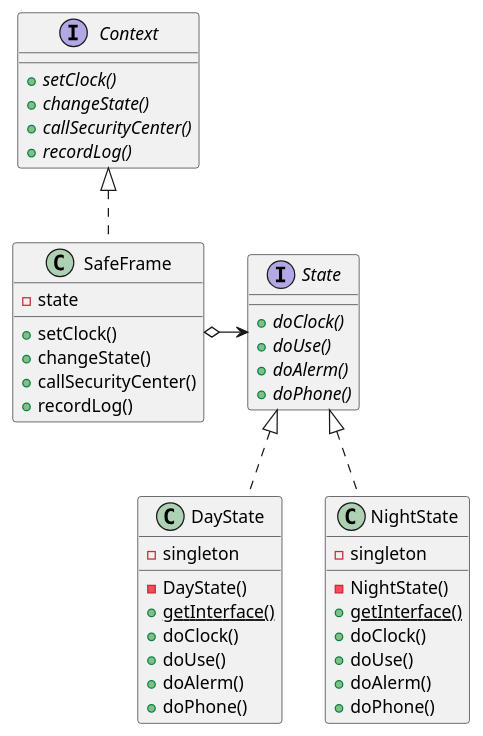
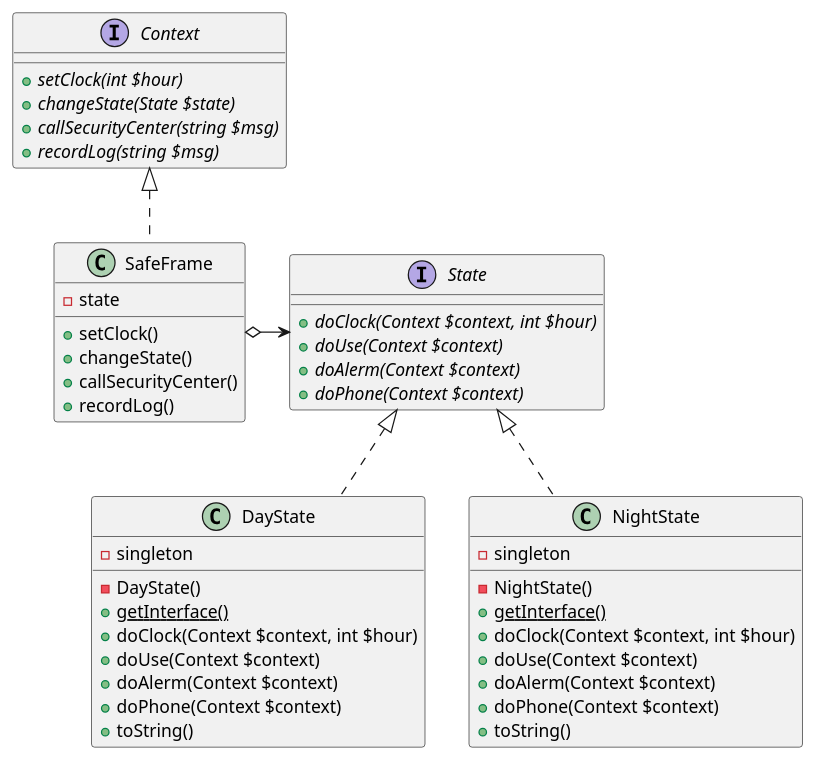
Before and after one commit to ku2ma2/design_pattern: the diagram in State/README.md, drawn with PlantUML.

Commit message:
Improve README.md for state pattern

````diff
--- a/State/README.md
+++ b/State/README.md
@@ -4,53 +4,55 @@
 ```uml
 @startuml
 
 interface Context {
-    {abstract} +setClock()
-    {abstract} +changeState()
-    {abstract} +callSecurityCenter()
-    {abstract} +recordLog()
+    {abstract} +setClock(int $hour)
+    {abstract} +changeState(State $state)
+    {abstract} +callSecurityCenter(string $msg)
+    {abstract} +recordLog(string $msg)
 }
 
 class SafeFrame {
     -state
     +setClock()
     +changeState()
     +callSecurityCenter()
     +recordLog()
 }
 
 interface State {
-    {abstract} +doClock()
-    {abstract} +doUse()
-    {abstract} +doAlerm()
-    {abstract} +doPhone()
+    {abstract} +doClock(Context $context, int $hour)
+    {abstract} +doUse(Context $context)
+    {abstract} +doAlerm(Context $context)
+    {abstract} +doPhone(Context $context)
 }
 
 class DayState {
     -singleton
     -DayState()
     {static} +getInterface()
-    +doClock()
-    +doUse()
-    +doAlerm()
-    +doPhone()
+    +doClock(Context $context, int $hour)
+    +doUse(Context $context)
+    +doAlerm(Context $context)
+    +doPhone(Context $context)
+    +toString()
 }
 
 class NightState {
     -singleton
     -NightState()
     {static} +getInterface()
-    +doClock()
-    +doUse()
-    +doAlerm()
-    +doPhone()
+    +doClock(Context $context, int $hour)
+    +doUse(Context $context)
+    +doAlerm(Context $context)
+    +doPhone(Context $context)
+    +toString()
 }
 
 SafeFrame .up.|> Context
 SafeFrame o-right-> State
 DayState .up.|> State
 NightState .up.|> State
 
 
 @enduml
 ```
````
